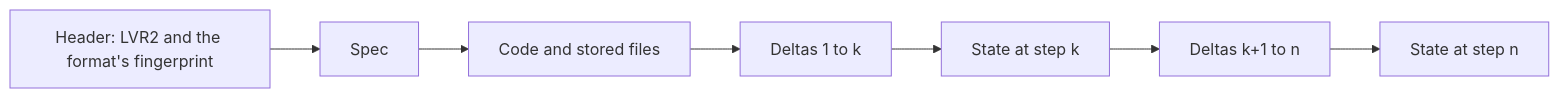
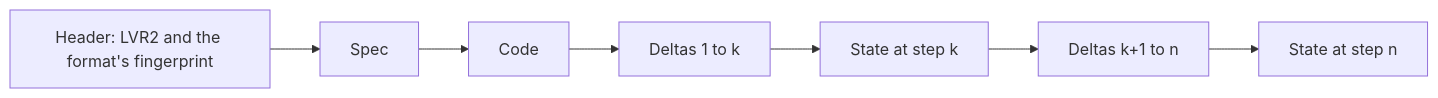
Before and after one commit to GEMISIS/leviath: the diagram in docs/content/run-file.md, drawn with Mermaid. The commit also changed other lines of this file and 71 other files, not shown here.

````diff
--- a/docs/content/run-file.md
+++ b/docs/content/run-file.md
@@ -34,9 +35,9 @@
 ```mermaid
 flowchart LR
   H["Header: LVR2 and the format's fingerprint"] --> S["Spec"]
-  S --> C["Code and stored files"]
+  S --> C["Code"]
   C --> D1["Deltas 1 to k"]
   D1 --> K1["State at step k"]
   K1 --> D2["Deltas k+1 to n"]
   D2 --> K2["State at step n"]
 ```
````
